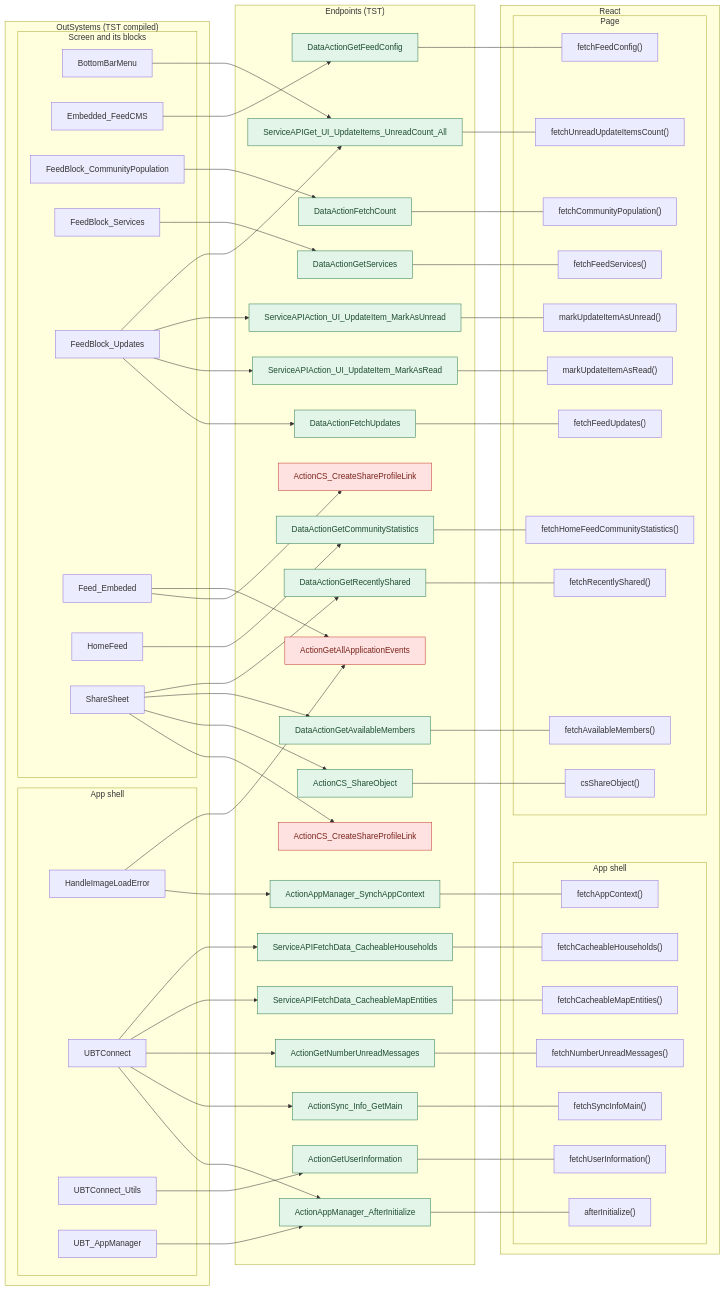
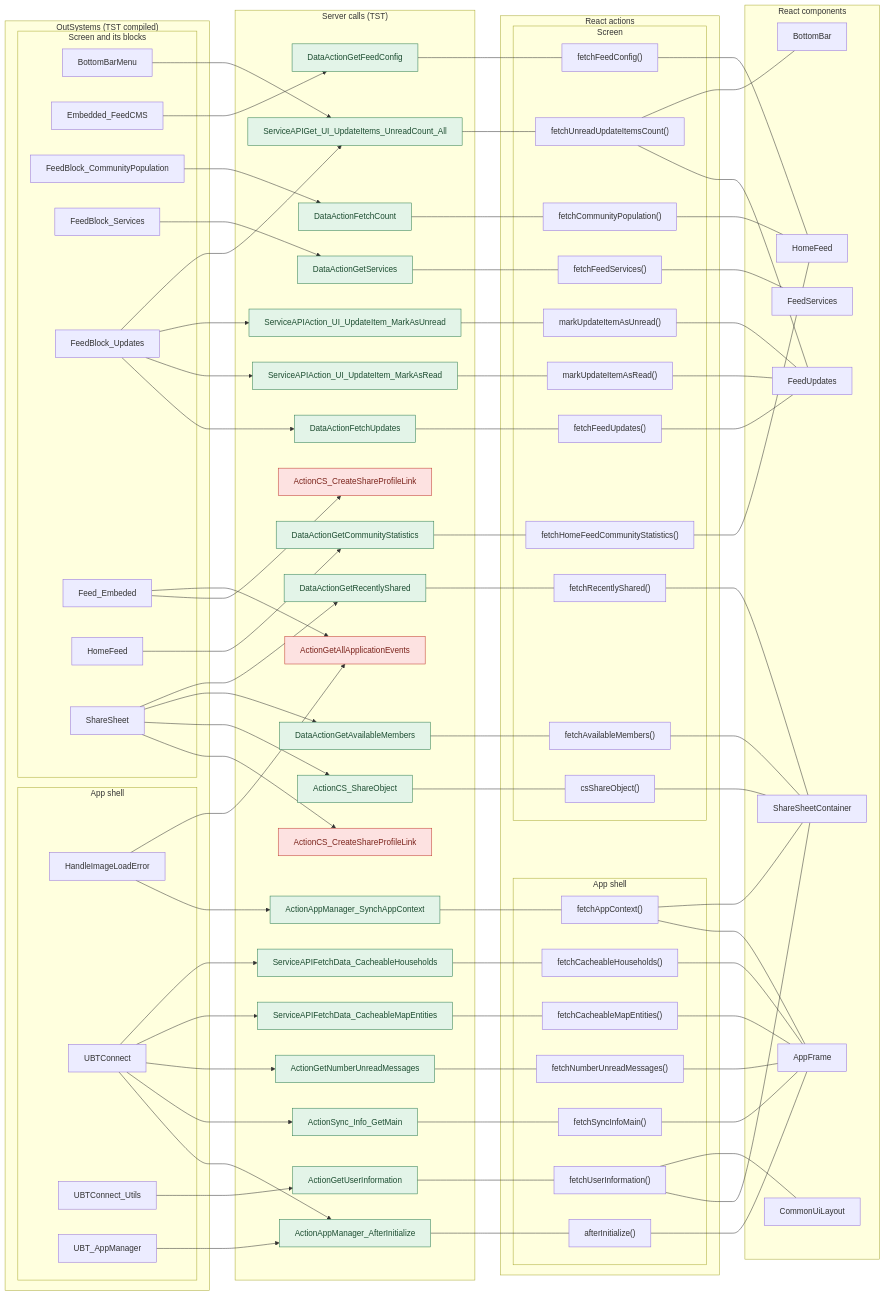
The diagram in migration/route-actions/HomeFeed.md (Phoenix-DX/connect-new-ui), drawn with Mermaid before and after one commit. The commit also changed other lines of this file and 4 other files, not shown here.

Commit message:
route actions: React caller chain (component → hooks → action), Trigger column, 4-column diagram; HomeFeed re-run

```diff
--- a/migration/route-actions/HomeFeed.md
+++ b/migration/route-actions/HomeFeed.md
@@ -55,7 +56,7 @@
       o11["ShareSheet"]
     end
   end
-  subgraph EP["Endpoints (TST)"]
+  subgraph EP["Server calls (TST)"]
     e12["ActionAppManager_SynchAppContext"]
     e13["DataActionGetFeedConfig"]
     e14["DataActionGetCommunityStatistics"]
@@ -78,7 +79,7 @@
     e31["ActionCS_CreateShareProfileLink"]
     e32["ActionGetAllApplicationEvents"]
   end
-  subgraph RE["React"]
+  subgraph RE["React actions"]
     subgraph RE_shell["App shell"]
       r33["afterInitialize()"]
       r34["fetchAppContext()"]
@@ -88,7 +89,7 @@
       r38["fetchSyncInfoMain()"]
       r39["fetchUserInformation()"]
     end
-    subgraph RE_page["Page"]
+    subgraph RE_page["Screen"]
       r40["csShareObject()"]
       r41["fetchAvailableMembers()"]
       r42["fetchCommunityPopulation()"]
@@ -102,6 +103,36 @@
       r50["markUpdateItemAsUnread()"]
     end
   end
+  subgraph RC["React components"]
+    c51["AppFrame"]
+    c52["BottomBar"]
+    c53["CommonUiLayout"]
+    c54["FeedServices"]
+    c55["FeedUpdates"]
+    c56["HomeFeed"]
+    c57["ShareSheetContainer"]
+  end
+  r33 --- c51
+  r34 --- c51
+  r35 --- c51
+  r36 --- c51
+  r37 --- c51
+  r38 --- c51
+  r40 --- c57
+  r34 --- c57
+  r41 --- c57
+  r47 --- c57
+  r39 --- c57
+  r42 --- c56
+  r43 --- c56
+  r46 --- c56
+  r45 --- c55
+  r48 --- c55
+  r49 --- c55
+  r50 --- c55
+  r44 --- c54
+  r39 --- c53
+  r48 --- c52
   o0 --> e12
   o0 --> e32
   o5 --> e13
```
